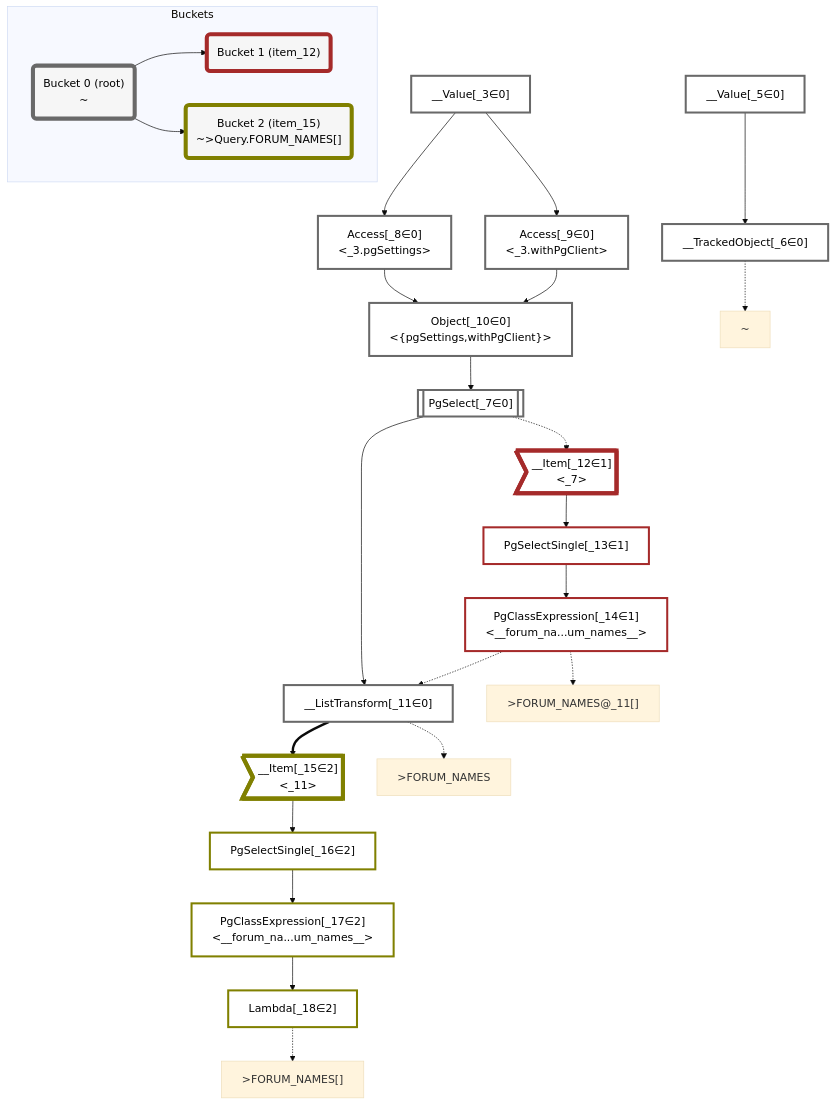
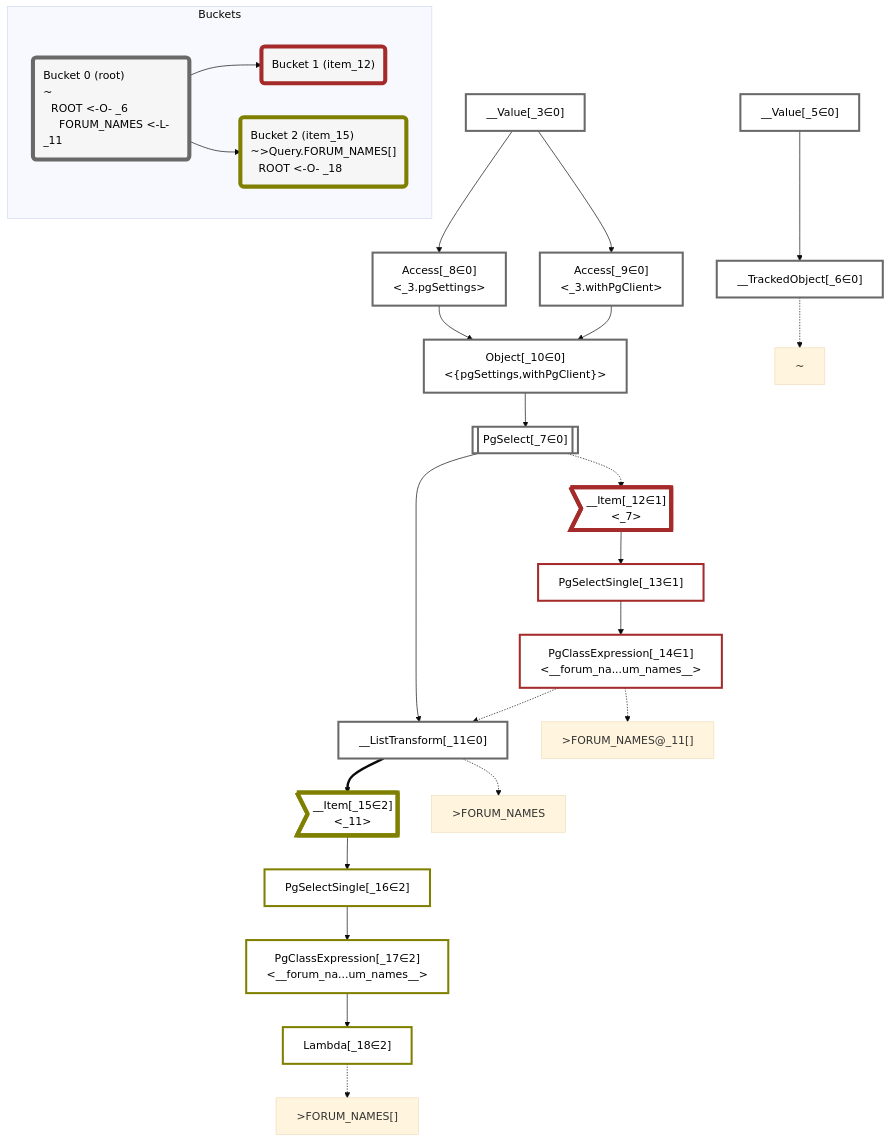
The diagram in packages/dataplan-pg/__tests__/queries/functions/custom-query-forum-names-upper.mermaid.md (graphile/crystal), drawn with Mermaid (base theme) before and after one commit. The commit also changed 195 other files, not shown here.

````diff
--- a/packages/dataplan-pg/__tests__/queries/functions/custom-query-forum-names-upper.mermaid.md
+++ b/packages/dataplan-pg/__tests__/queries/functions/custom-query-forum-names-upper.mermaid.md
@@ -1,72 +1,72 @@
 ```mermaid
 graph TD
     classDef path fill:#eee,stroke:#000,color:#000
     classDef plan fill:#fff,stroke-width:3px,color:#000
     classDef itemplan fill:#fff,stroke-width:6px,color:#000
     classDef sideeffectplan fill:#f00,stroke-width:6px,color:#000
-    classDef bucket fill:#f6f6f6,color:#000,stroke-width:6px
+    classDef bucket fill:#f6f6f6,color:#000,stroke-width:6px,text-align:left
 
 
     %% define plans
     __Value_3["__Value[_3∈0]<br /><context>"]:::plan
     __Value_5["__Value[_5∈0]<br /><rootValue>"]:::plan
     __TrackedObject_6["__TrackedObject[_6∈0]"]:::plan
     PgSelect_7[["PgSelect[_7∈0]<br /><forum_names>"]]:::plan
     Access_8["Access[_8∈0]<br /><_3.pgSettings>"]:::plan
     Access_9["Access[_9∈0]<br /><_3.withPgClient>"]:::plan
     Object_10["Object[_10∈0]<br /><{pgSettings,withPgClient}>"]:::plan
     __ListTransform_11["__ListTransform[_11∈0]<br /><each:_7>"]:::plan
     __Item_12>"__Item[_12∈1]<br /><_7>"]:::itemplan
     PgSelectSingle_13["PgSelectSingle[_13∈1]<br /><text>"]:::plan
     PgClassExpression_14["PgClassExpression[_14∈1]<br /><__forum_na...um_names__>"]:::plan
     __Item_15>"__Item[_15∈2]<br /><_11>"]:::itemplan
     PgSelectSingle_16["PgSelectSingle[_16∈2]<br /><text>"]:::plan
     PgClassExpression_17["PgClassExpression[_17∈2]<br /><__forum_na...um_names__>"]:::plan
     Lambda_18["Lambda[_18∈2]"]:::plan
 
     %% plan dependencies
     __Value_5 --> __TrackedObject_6
     Object_10 --> PgSelect_7
     __Value_3 --> Access_8
     __Value_3 --> Access_9
     Access_8 --> Object_10
     Access_9 --> Object_10
     PgSelect_7 --> __ListTransform_11
     PgClassExpression_14 -.-> __ListTransform_11
     PgSelect_7 -.-> __Item_12
     __Item_12 --> PgSelectSingle_13
     PgSelectSingle_13 --> PgClassExpression_14
     __ListTransform_11 ==> __Item_15
     __Item_15 --> PgSelectSingle_16
     PgSelectSingle_16 --> PgClassExpression_17
     PgClassExpression_17 --> Lambda_18
 
     %% plan-to-path relationships
     P_6["~"]
     __TrackedObject_6 -.-> P_6
     P_11[">FORUM_NAMES"]
     __ListTransform_11 -.-> P_11
     P_14[">FORUM_NAMES@_11[]"]
     PgClassExpression_14 -.-> P_14
     P_18[">FORUM_NAMES[]"]
     Lambda_18 -.-> P_18
 
     %% allocate buckets
     classDef bucket0 stroke:#696969
     class __Value_3,__Value_5,__TrackedObject_6,PgSelect_7,Access_8,Access_9,Object_10,__ListTransform_11 bucket0
     classDef bucket1 stroke:#a52a2a
     class __Item_12,PgSelectSingle_13,PgClassExpression_14 bucket1
     classDef bucket2 stroke:#808000
     class __Item_15,PgSelectSingle_16,PgClassExpression_17,Lambda_18 bucket2
 
     subgraph Buckets
-    Bucket0("Bucket 0 (root)<br />~"):::bucket
+    Bucket0("Bucket 0 (root)<br />~<br />⠀ROOT <-O- _6<br />⠀⠀FORUM_NAMES <-L- _11"):::bucket
     style Bucket0 stroke:#696969
     Bucket1("Bucket 1 (item_12)"):::bucket
     style Bucket1 stroke:#a52a2a
     Bucket0 --> Bucket1
-    Bucket2("Bucket 2 (item_15)<br />~>Query.FORUM_NAMES[]"):::bucket
+    Bucket2("Bucket 2 (item_15)<br />~>Query.FORUM_NAMES[]<br />⠀ROOT <-O- _18"):::bucket
     style Bucket2 stroke:#808000
     Bucket0 --> Bucket2
     end
 ```
````
